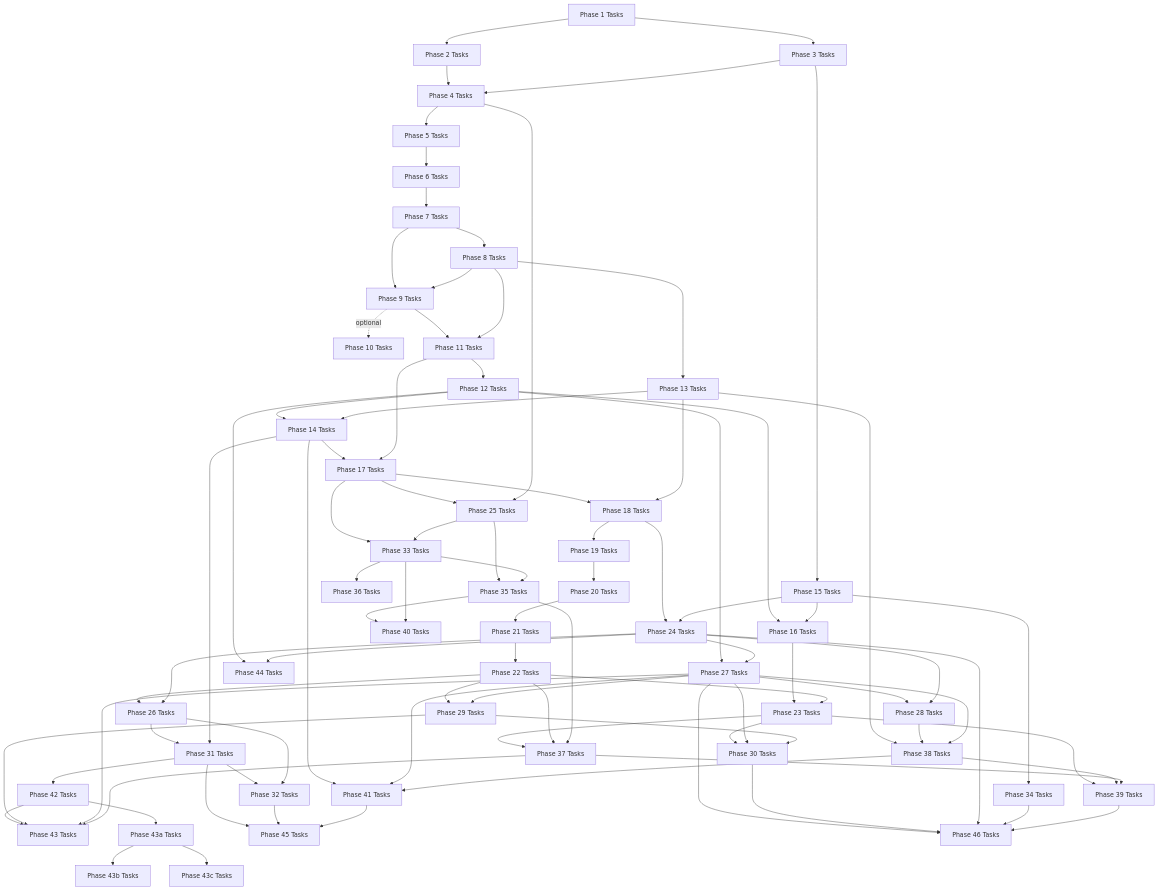
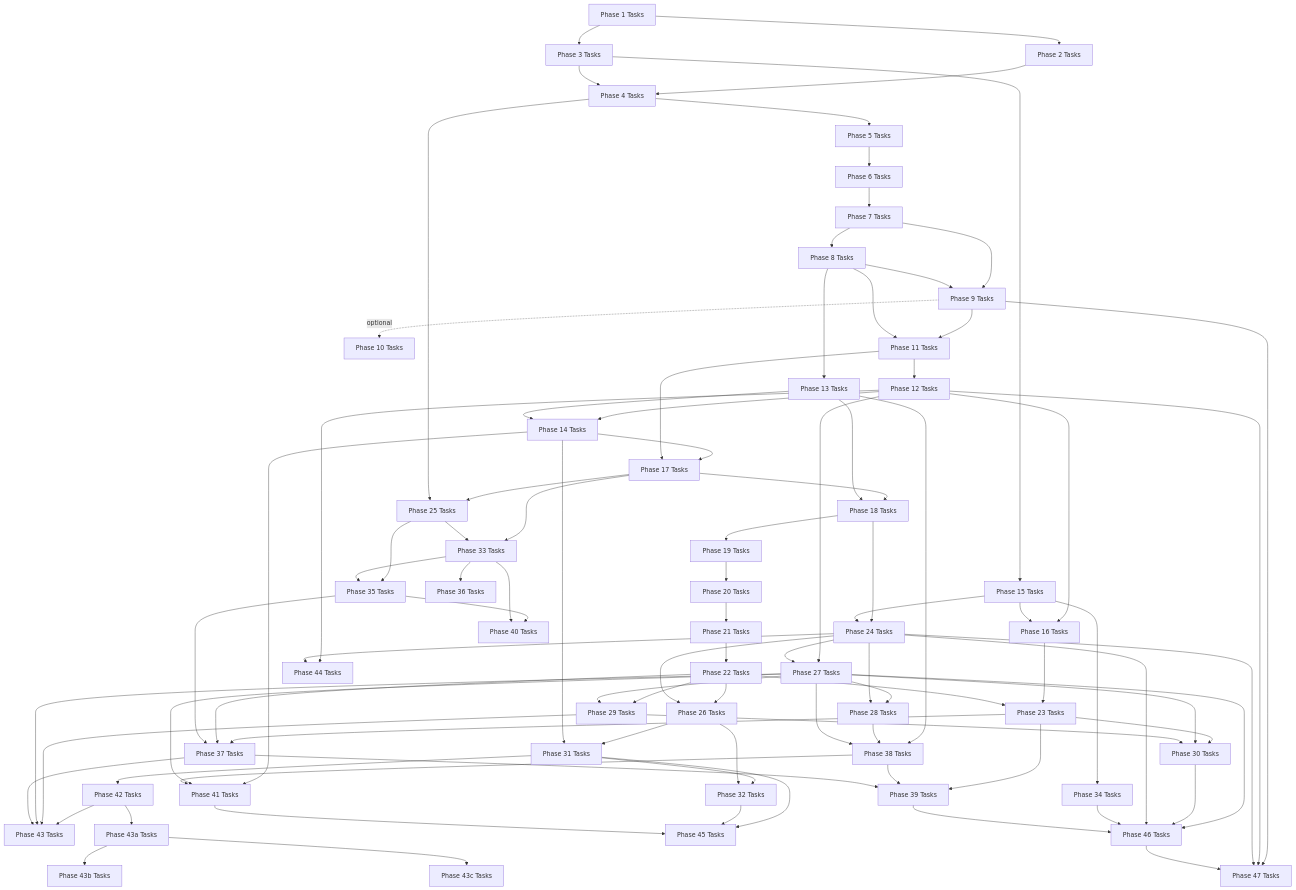
One commit to mikecubed/m3OS changed the diagram in docs/roadmap/tasks/README.md. Above: the diagram before and after it, drawn with Mermaid. The commit also changed other lines of this file and 11 other files, not shown here.

````diff
--- a/docs/roadmap/tasks/README.md
+++ b/docs/roadmap/tasks/README.md
@@ -127,4 +127,8 @@
     P24 --> P46
     P34 --> P46
     P39 --> P46
+    P9 --> P47["Phase 47 Tasks"]
+    P12 --> P47
+    P24 --> P47
+    P46 --> P47
 ```
````
